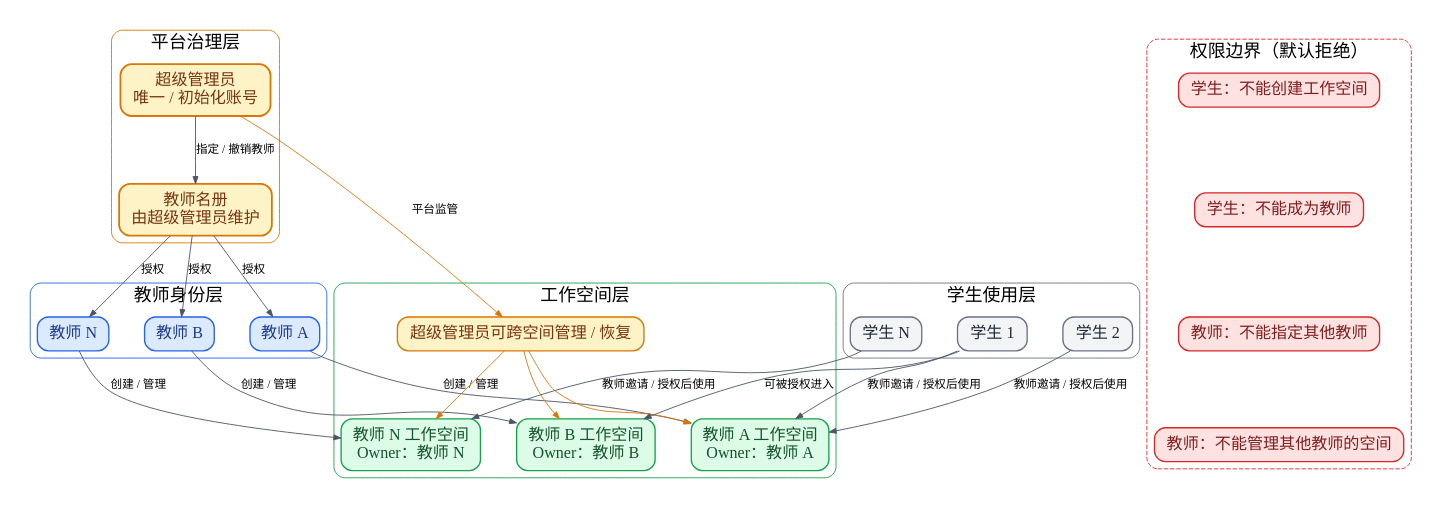
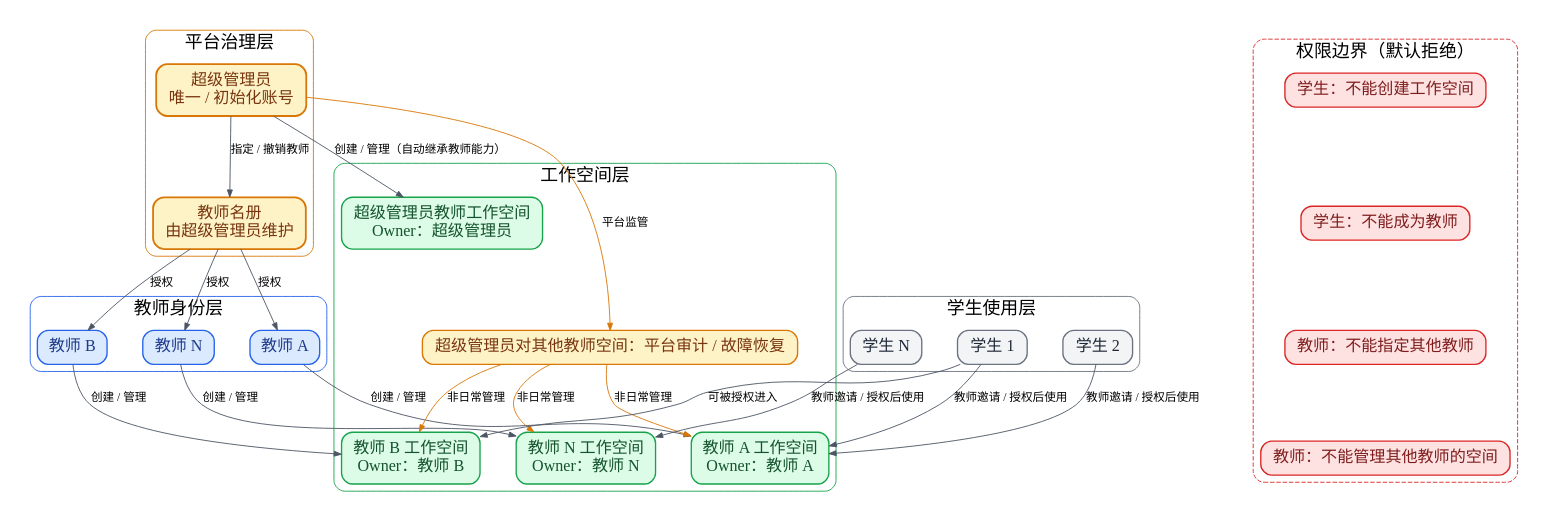
The diagram in docs/教师学生超级管理员组织架构图.dot (jefeerzhang/sicau_weknora), drawn with Graphviz before and after one commit. The commit also changed 14 other files, not shown here.

```diff
--- a/docs/教师学生超级管理员组织架构图.dot
+++ b/docs/教师学生超级管理员组织架构图.dot
@@ -1,57 +1,59 @@
 digraph Organization {
   graph [rankdir=TB, bgcolor="white", fontname="Microsoft YaHei", nodesep=0.55, ranksep=0.85, pad=0.25, newrank=true];
   node [shape=box, style="rounded,filled", fontname="Microsoft YaHei", fontsize=18, margin="0.18,0.12", color="#6b7280", penwidth=1.5];
   edge [fontname="Microsoft YaHei", fontsize=13, color="#4b5563", arrowsize=0.8];
 
   subgraph cluster_platform {
     label="平台治理层"; fontname="Microsoft YaHei"; fontsize=20; color="#d97706"; style="rounded";
     sa [label="超级管理员\n唯一 / 初始化账号", fillcolor="#fef3c7", color="#d97706", fontcolor="#78350f", penwidth=2];
     registry [label="教师名册\n由超级管理员维护", fillcolor="#fef3c7", color="#d97706", fontcolor="#78350f", penwidth=2];
     sa -> registry [label="指定 / 撤销教师"];
   }
 
   subgraph cluster_teachers {
     label="教师身份层"; fontname="Microsoft YaHei"; fontsize=20; color="#2563eb"; style="rounded";
     ta [label="教师 A", fillcolor="#dbeafe", color="#2563eb", fontcolor="#1e3a8a"];
     tb [label="教师 B", fillcolor="#dbeafe", color="#2563eb", fontcolor="#1e3a8a"];
     tn [label="教师 N", fillcolor="#dbeafe", color="#2563eb", fontcolor="#1e3a8a"];
     registry -> ta [label="授权"];
     registry -> tb [label="授权"];
     registry -> tn [label="授权"];
   }
 
   subgraph cluster_workspaces {
     label="工作空间层"; fontname="Microsoft YaHei"; fontsize=20; color="#16a34a"; style="rounded";
+    wsa [label="超级管理员教师工作空间\nOwner：超级管理员", fillcolor="#dcfce7", color="#16a34a", fontcolor="#14532d"];
     wa [label="教师 A 工作空间\nOwner：教师 A", fillcolor="#dcfce7", color="#16a34a", fontcolor="#14532d"];
     wb [label="教师 B 工作空间\nOwner：教师 B", fillcolor="#dcfce7", color="#16a34a", fontcolor="#14532d"];
     wn [label="教师 N 工作空间\nOwner：教师 N", fillcolor="#dcfce7", color="#16a34a", fontcolor="#14532d"];
+    sa -> wsa [label="创建 / 管理（自动继承教师能力）"];
     ta -> wa [label="创建 / 管理"];
     tb -> wb [label="创建 / 管理"];
     tn -> wn [label="创建 / 管理"];
-    oversight [label="超级管理员可跨空间管理 / 恢复", fillcolor="#fef3c7", color="#d97706", fontcolor="#78350f"];
+    oversight [label="超级管理员对其他教师空间：平台审计 / 故障恢复", fillcolor="#fef3c7", color="#d97706", fontcolor="#78350f"];
     sa -> oversight [label="平台监管", color="#d97706"];
-    oversight -> wa [color="#d97706"];
-    oversight -> wb [color="#d97706"];
-    oversight -> wn [color="#d97706"];
+    oversight -> wa [color="#d97706", label="非日常管理"];
+    oversight -> wb [color="#d97706", label="非日常管理"];
+    oversight -> wn [color="#d97706", label="非日常管理"];
   }
 
   subgraph cluster_students {
     label="学生使用层"; fontname="Microsoft YaHei"; fontsize=20; color="#6b7280"; style="rounded";
     s1 [label="学生 1", fillcolor="#f3f4f6", color="#6b7280", fontcolor="#1f2937"];
     s2 [label="学生 2", fillcolor="#f3f4f6", color="#6b7280", fontcolor="#1f2937"];
     sn [label="学生 N", fillcolor="#f3f4f6", color="#6b7280", fontcolor="#1f2937"];
     s1 -> wa [label="教师邀请 / 授权后使用"];
     s1 -> wb [label="可被授权进入"];
     s2 -> wa [label="教师邀请 / 授权后使用"];
     sn -> wn [label="教师邀请 / 授权后使用"];
   }
 
   subgraph cluster_boundaries {
     label="权限边界（默认拒绝）"; fontname="Microsoft YaHei"; fontsize=20; color="#dc2626"; style="rounded,dashed";
     b1 [label="学生：不能创建工作空间", fillcolor="#fee2e2", color="#dc2626", fontcolor="#7f1d1d"];
     b2 [label="学生：不能成为教师", fillcolor="#fee2e2", color="#dc2626", fontcolor="#7f1d1d"];
     b3 [label="教师：不能指定其他教师", fillcolor="#fee2e2", color="#dc2626", fontcolor="#7f1d1d"];
     b4 [label="教师：不能管理其他教师的空间", fillcolor="#fee2e2", color="#dc2626", fontcolor="#7f1d1d"];
     b1 -> b2 -> b3 -> b4 [style=invis];
   }
 }
```
